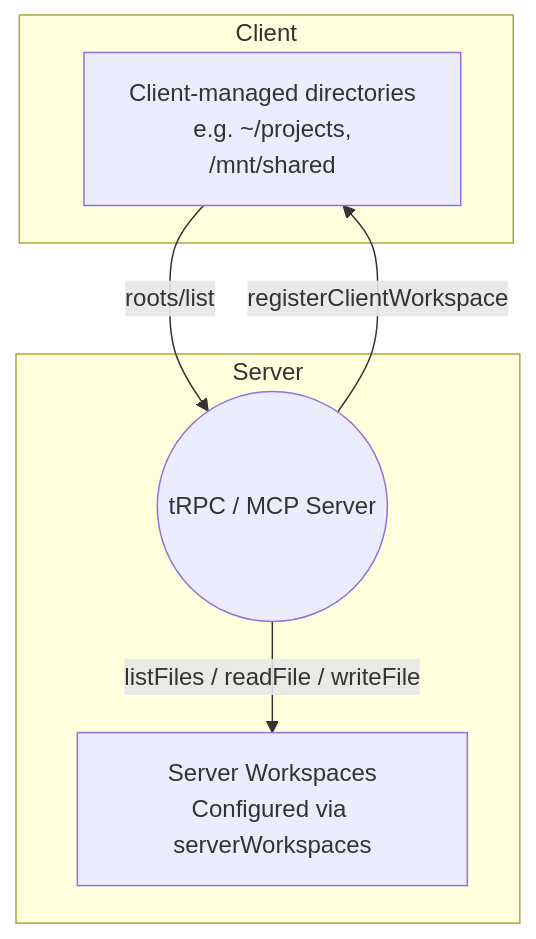
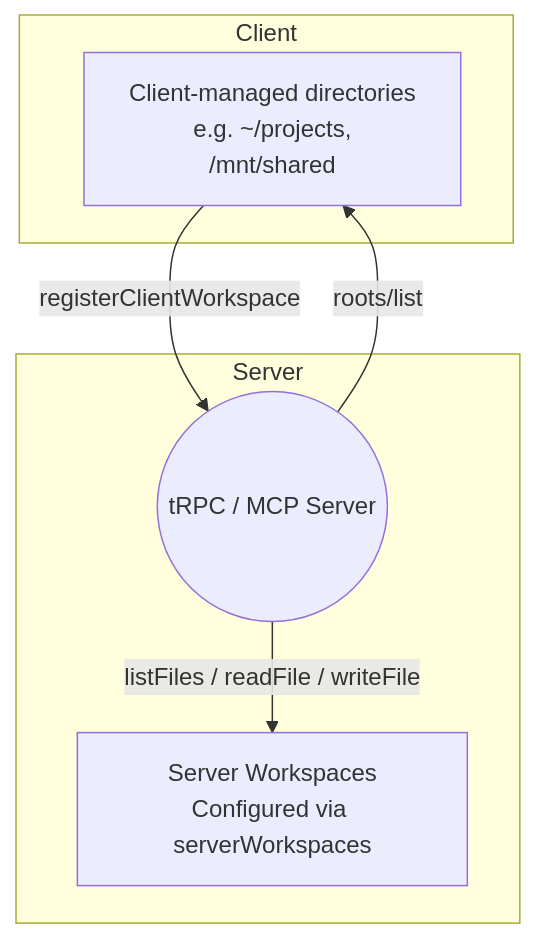
Before and after one commit to AWolf81/simple-rpc-ai-backend: the first of 2 diagrams in docs/common-configurations/server-workspaces-vs-mcp-roots.md, drawn with Mermaid. The commit also changed other lines of this file and 22 other files, not shown here.

````diff
--- a/docs/common-configurations/server-workspaces-vs-mcp-roots.md
+++ b/docs/common-configurations/server-workspaces-vs-mcp-roots.md
@@ -25,15 +25,15 @@
 ```mermaid
 flowchart TD
   subgraph Client
     clientRoots[Client-managed directories<br/>e.g. ~/projects,<br/>/mnt/shared]
   end
 
   subgraph Server
     rpcServer((tRPC / MCP Server))
     serverWorkspaces[Server Workspaces<br/>Configured via serverWorkspaces]
   end
 
-  clientRoots -- "roots/list" --> rpcServer
-  rpcServer -- "registerClientWorkspace" --> clientRoots
+  rpcServer -- "roots/list" --> clientRoots
+  clientRoots -- "registerClientWorkspace" --> rpcServer
   rpcServer -- "listFiles / readFile / writeFile" --> serverWorkspaces
 ```
````
